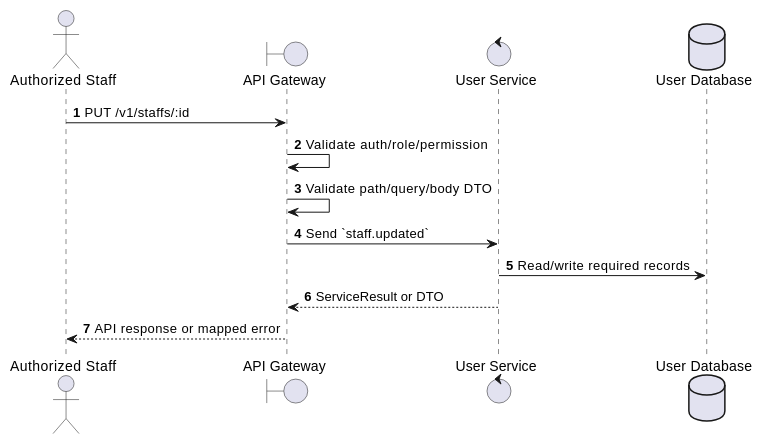
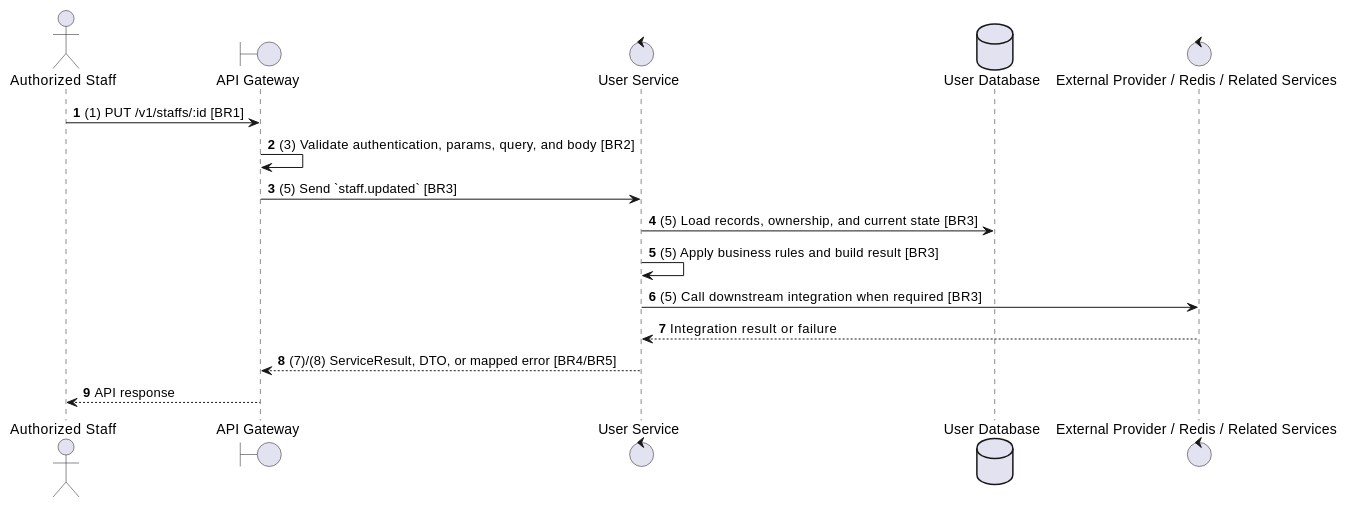
The second of 2 diagrams in docs/functional_specs/3.1_User_Management/UM-07_Update_Staff.md (Tanh1603/movie-hub-architecture), drawn with PlantUML before and after one commit. The commit also changed other lines of this file and 129 other files, not shown here.

````diff
--- a/docs/functional_specs/3.1_User_Management/UM-07_Update_Staff.md
+++ b/docs/functional_specs/3.1_User_Management/UM-07_Update_Staff.md
@@ -17,17 +64,20 @@
 ```plantuml
 @startuml
 autonumber
 actor "Authorized Staff" as Actor
 boundary "API Gateway" as GW
 control "User Service" as SVC
 database "User Database" as DB
+control "External Provider / Redis / Related Services" as EXT
 
-Actor -> GW: PUT /v1/staffs/:id
-GW -> GW: Validate auth/role/permission
-GW -> GW: Validate path/query/body DTO
-GW -> SVC: Send `staff.updated`
-SVC -> DB: Read/write required records
-SVC --> GW: ServiceResult or DTO
-GW --> Actor: API response or mapped error
+Actor -> GW: (1) PUT /v1/staffs/:id [BR1]
+GW -> GW: (3) Validate authentication, params, query, and body [BR2]
+GW -> SVC: (5) Send `staff.updated` [BR3]
+SVC -> DB: (5) Load records, ownership, and current state [BR3]
+SVC -> SVC: (5) Apply business rules and build result [BR3]
+SVC -> EXT: (5) Call downstream integration when required [BR3]
+EXT --> SVC: Integration result or failure
+SVC --> GW: (7)/(8) ServiceResult, DTO, or mapped error [BR4/BR5]
+GW --> Actor: API response
 @enduml
 ```
````
